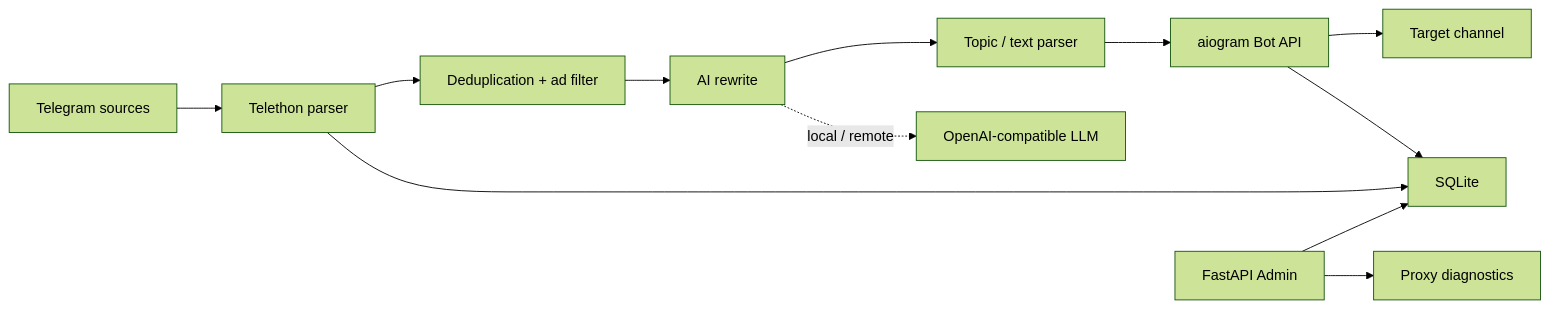
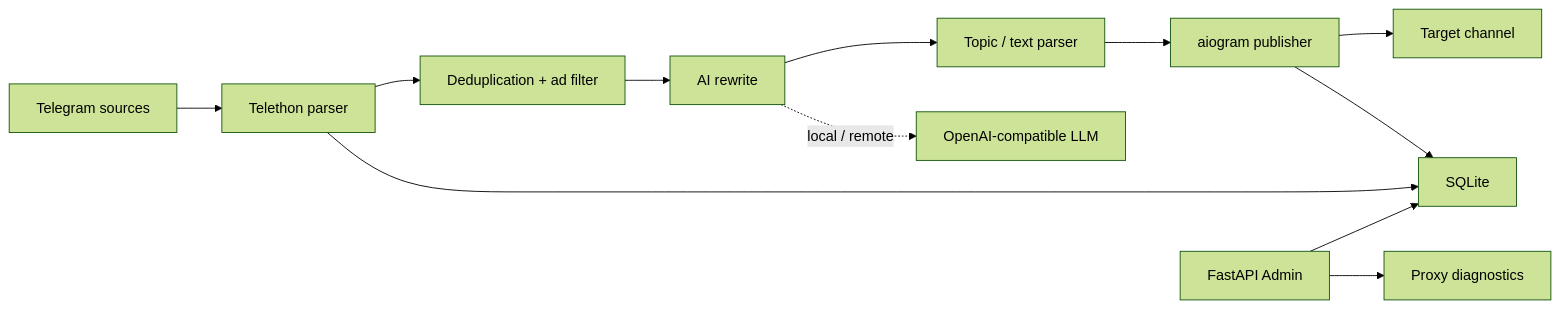
One commit to Agro4221/-Content-Factory changed the first of 2 diagrams in README.md. Above: the diagram before and after it, drawn with Mermaid (forest theme). The commit also changed other lines of this file, not shown here.

```diff
--- a/README.md
+++ b/README.md
@@ -28,15 +74,16 @@
 ~~~mermaid
 flowchart LR
-    TG["Telegram sources"] --> P["Telethon parser"]
-    P --> F["Deduplication + ad filter"]
-    F --> AI["AI rewrite"]
-    AI --> T["Topic / text parser"]
-    T --> B["aiogram Bot API"]
-    B --> OUT["Target channel"]
+    SRC["Telegram sources"] --> PARSER["Telethon parser"]
+    PARSER --> FILTER["Deduplication + ad filter"]
+    FILTER --> AI["AI rewrite"]
+    AI --> PARSE["Topic / text parser"]
+    PARSE --> PUB["aiogram publisher"]
+    PUB --> OUT["Target channel"]
 
-    UI["FastAPI Admin"] --> DB["SQLite"]
-    UI --> PX["Proxy diagnostics"]
+    PANEL["FastAPI Admin"] --> DB["SQLite"]
+    PARSER --> DB
+    PUB --> DB
+    PANEL --> PROXY["Proxy diagnostics"]
+
     AI -. local / remote .-> LLM["OpenAI-compatible LLM"]
-    P --> DB
-    B --> DB
 ~~~
```
